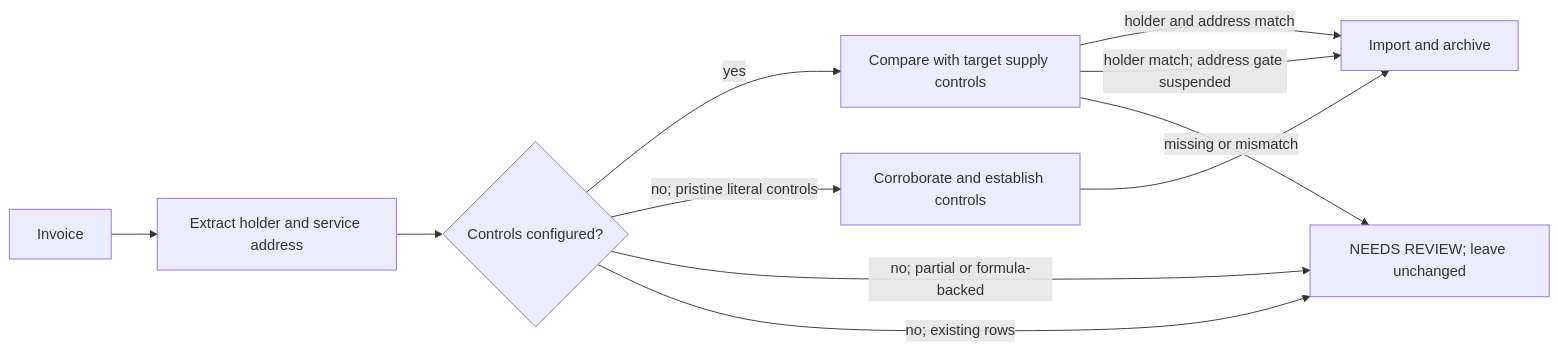
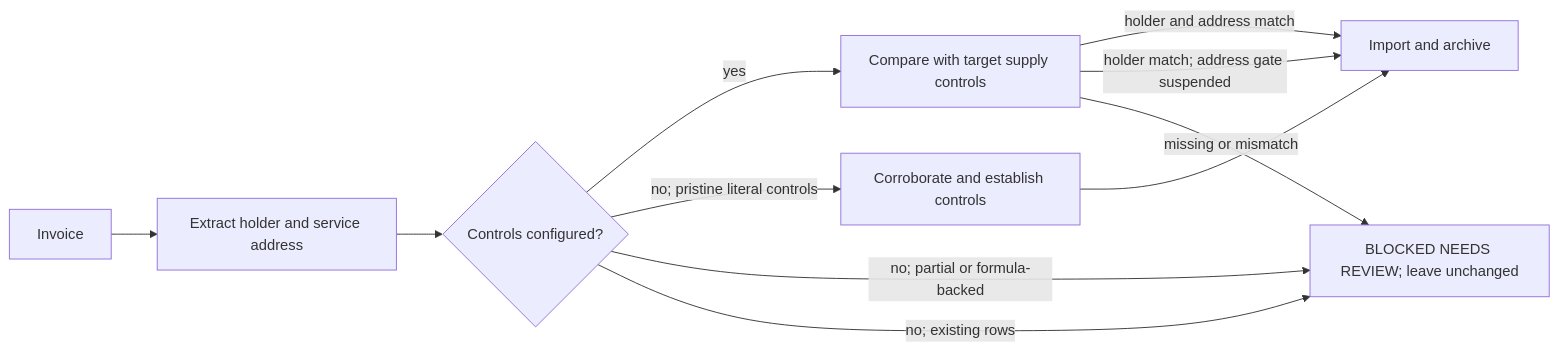
The third of 3 diagrams in docs/OPERATIONS.md (marcomc/Google-Drive-Utilities-Cataloger), drawn with Mermaid before and after one commit. The commit also changed other lines of this file and 8 other files, not shown here.

````diff
--- a/docs/OPERATIONS.md
+++ b/docs/OPERATIONS.md
@@ -58,13 +59,13 @@
 ```mermaid
 flowchart LR
   invoice["Invoice"] --> extract["Extract holder and service address"]
   extract --> state{"Controls configured?"}
   state -- "yes" --> compare["Compare with target supply controls"]
   state -- "no; pristine literal controls" --> bootstrap["Corroborate and establish controls"]
-  state -- "no; partial or formula-backed" --> review["NEEDS REVIEW; leave unchanged"]
-  state -- "no; existing rows" --> review["NEEDS REVIEW; leave unchanged"]
+  state -- "no; partial or formula-backed" --> review["BLOCKED NEEDS REVIEW; leave unchanged"]
+  state -- "no; existing rows" --> review["BLOCKED NEEDS REVIEW; leave unchanged"]
   bootstrap --> import["Import and archive"]
   compare -- "holder and address match" --> import["Import and archive"]
   compare -- "holder match; address gate suspended" --> import["Import and archive"]
-  compare -- "missing or mismatch" --> review["NEEDS REVIEW; leave unchanged"]
+  compare -- "missing or mismatch" --> review["BLOCKED NEEDS REVIEW; leave unchanged"]
 ```
````
